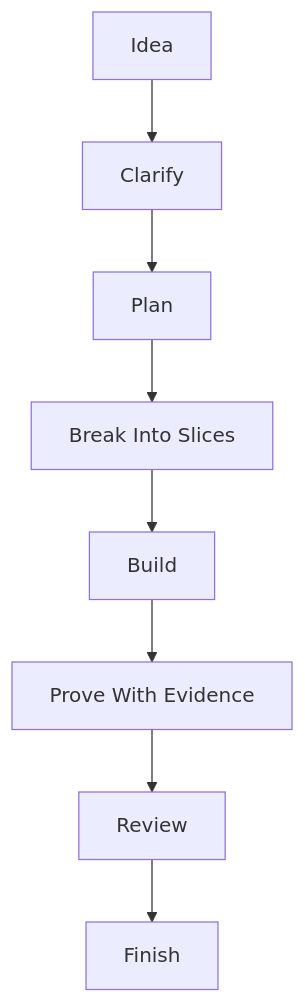
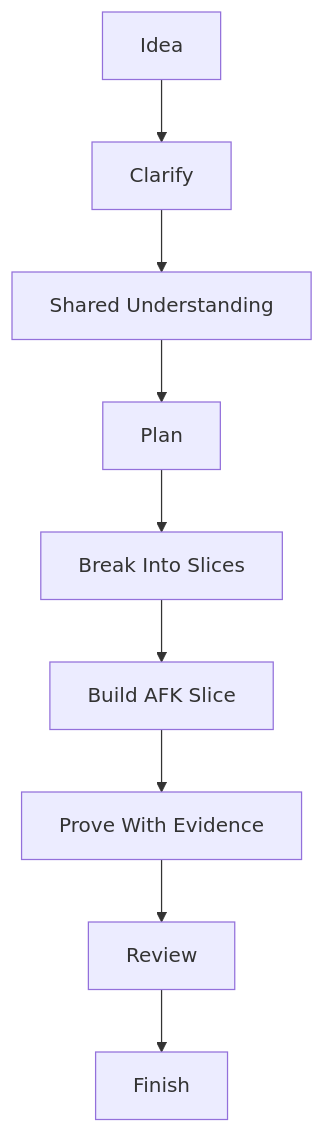
Before and after one commit to devopstales/aiskillgrid: the second of 2 diagrams in docs/00-start-here.md, drawn with Mermaid. The commit also changed other lines of this file and 111 other files, not shown here.

````diff
--- a/docs/00-start-here.md
+++ b/docs/00-start-here.md
@@ -74,10 +114,11 @@
 ```mermaid
 flowchart TD
   Idea[Idea] --> Clarify[Clarify]
-  Clarify --> Plan[Plan]
+  Clarify --> Shared[Shared Understanding]
+  Shared --> Plan[Plan]
   Plan --> Slice[Break Into Slices]
-  Slice --> Build[Build]
+  Slice --> Build[Build AFK Slice]
   Build --> Prove[Prove With Evidence]
   Prove --> Review[Review]
   Review --> Ship[Finish]
 ```
````
